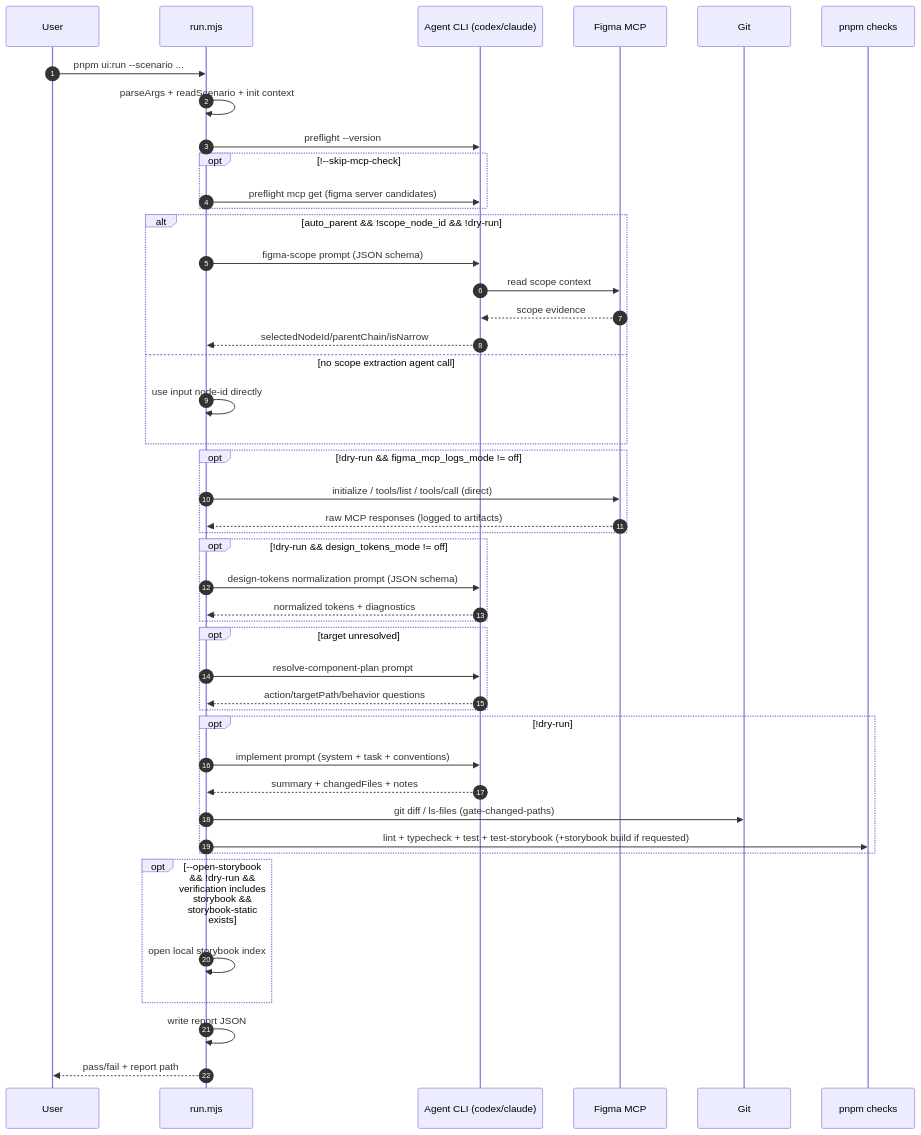
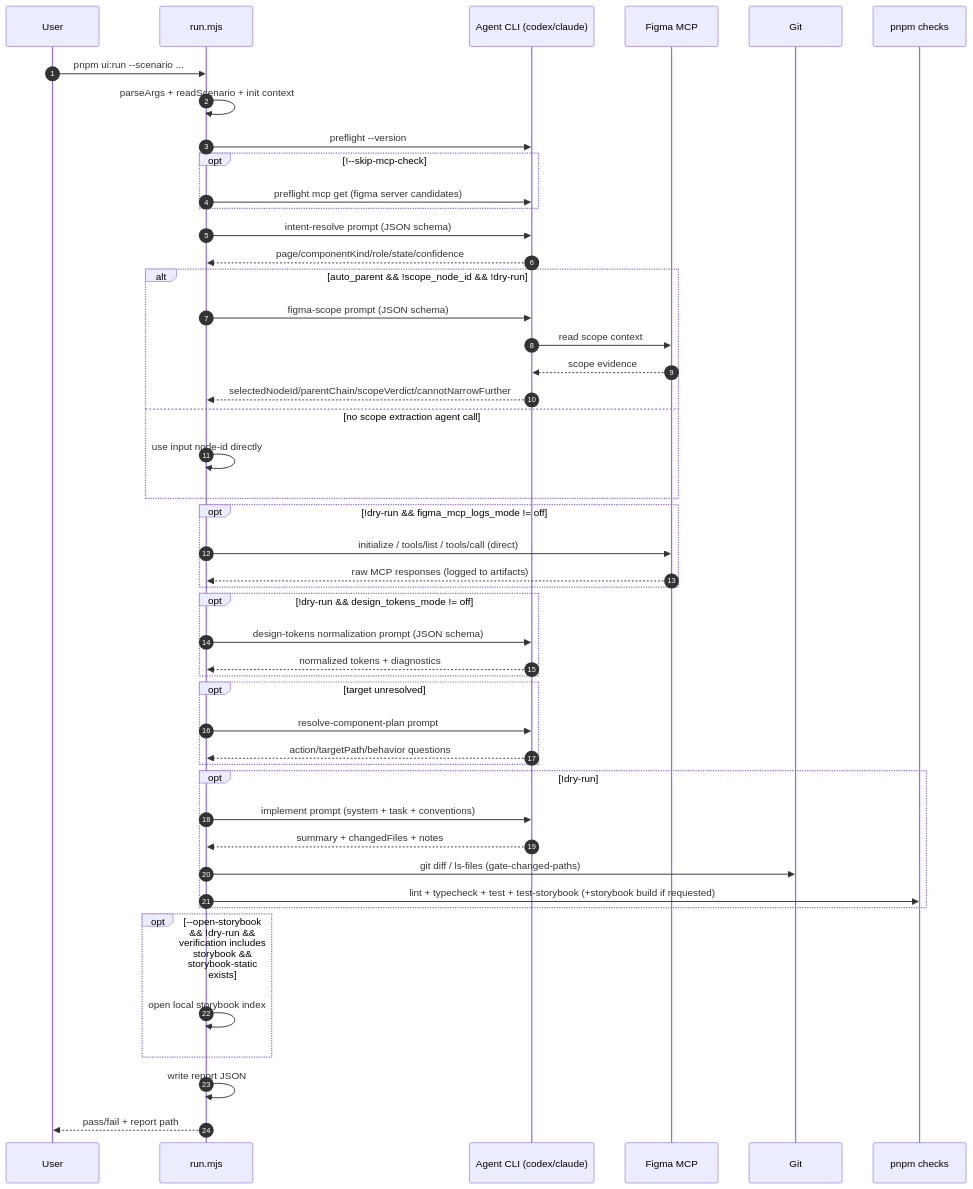
Before and after one commit to TEAM-HOUME/HOUME-CLIENT: the second of 4 diagrams in orchestration/ui-components/README.md, drawn with Mermaid. The commit also changed other lines of this file and 10 other files, not shown here.

````diff
--- a/orchestration/ui-components/README.md
+++ b/orchestration/ui-components/README.md
@@ -111,58 +118,61 @@
 ```mermaid
 sequenceDiagram
   autonumber
   participant U as User
   participant R as run.mjs
   participant A as Agent CLI (codex/claude)
   participant M as Figma MCP
   participant G as Git
   participant P as pnpm checks
 
   U->>R: pnpm ui:run --scenario ...
   R->>R: parseArgs + readScenario + init context
   R->>A: preflight --version
 
   opt !--skip-mcp-check
     R->>A: preflight mcp get (figma server candidates)
   end
 
+  R->>A: intent-resolve prompt (JSON schema)
+  A-->>R: page/componentKind/role/state/confidence
+
   alt auto_parent && !scope_node_id && !dry-run
     R->>A: figma-scope prompt (JSON schema)
     A->>M: read scope context
     M-->>A: scope evidence
-    A-->>R: selectedNodeId/parentChain/isNarrow
+    A-->>R: selectedNodeId/parentChain/scopeVerdict/cannotNarrowFurther
   else no scope extraction agent call
     R->>R: use input node-id directly
   end
 
   opt !dry-run && figma_mcp_logs_mode != off
     R->>M: initialize / tools/list / tools/call (direct)
     M-->>R: raw MCP responses (logged to artifacts)
   end
 
   opt !dry-run && design_tokens_mode != off
     R->>A: design-tokens normalization prompt (JSON schema)
     A-->>R: normalized tokens + diagnostics
   end
 
   opt target unresolved
     R->>A: resolve-component-plan prompt
     A-->>R: action/targetPath/behavior questions
   end
 
   opt !dry-run
     R->>A: implement prompt (system + task + conventions)
     A-->>R: summary + changedFiles + notes
 
     R->>G: git diff / ls-files (gate-changed-paths)
 
     R->>P: lint + typecheck + test + test-storybook (+storybook build if requested)
   end
 
   opt --open-storybook && !dry-run && verification includes storybook && storybook-static exists
     R->>R: open local storybook index
   end
 
   R->>R: write report JSON
   R-->>U: pass/fail + report path
 ```
````
